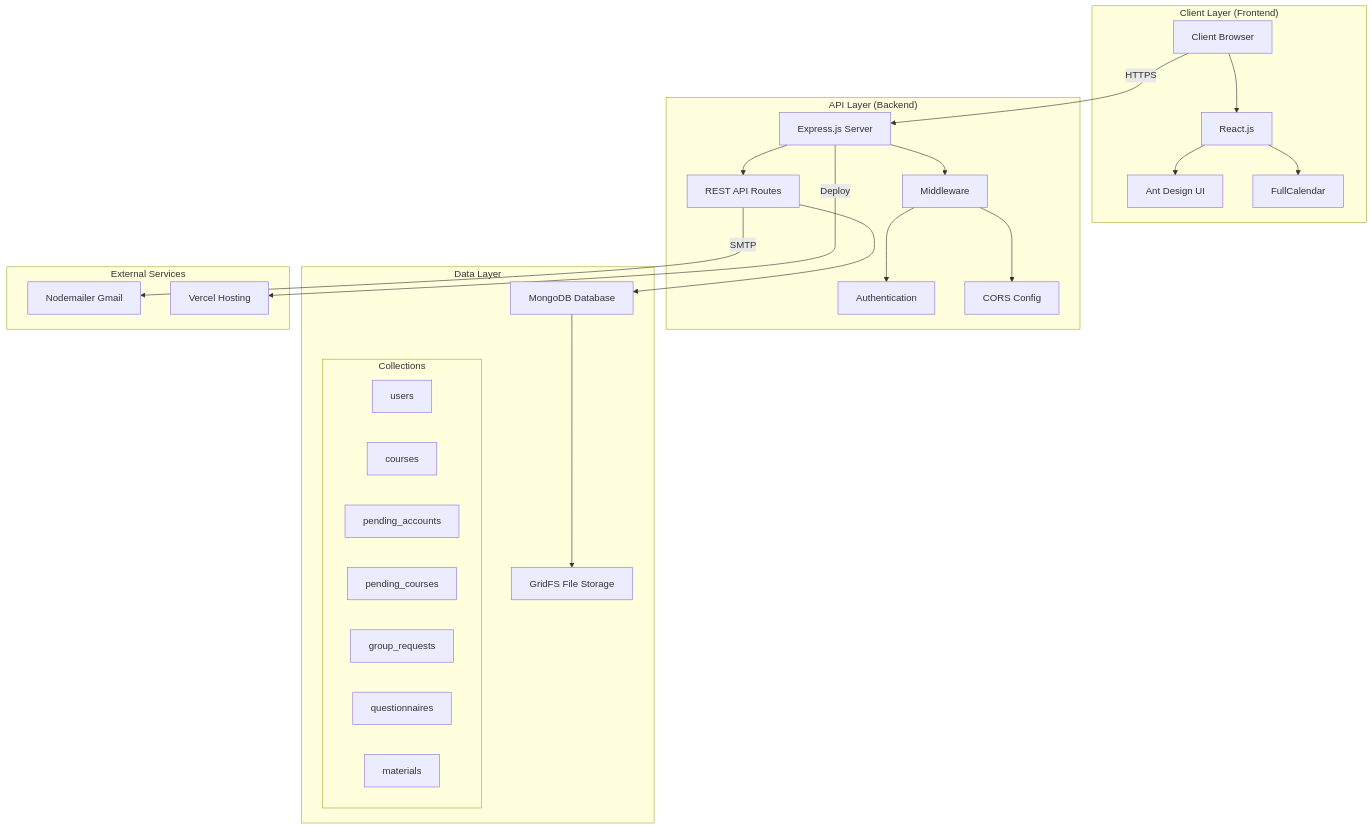
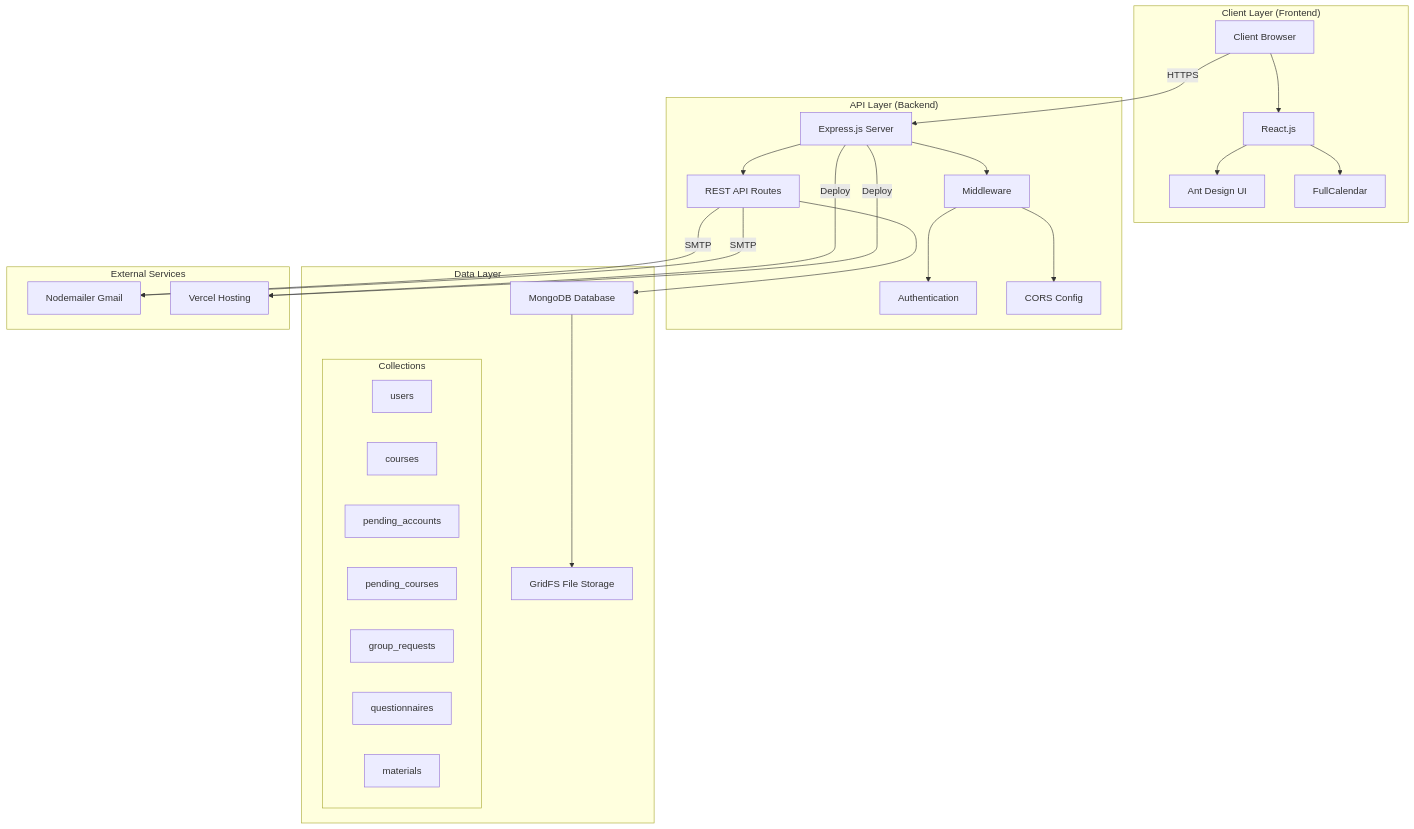
One commit to MyFGitAccount/MARKDOWN_KK changed the diagram in markdown/EFS_System_Architecture_Diagram.md. Above: the diagram before and after it, drawn with Mermaid.

Commit message:
Fix markdown formatting in architecture diagram

````diff
--- a/markdown/EFS_System_Architecture_Diagram.md
+++ b/markdown/EFS_System_Architecture_Diagram.md
@@ -1,49 +1,51 @@
 ```mermaid
 graph TB
     subgraph "Client Layer (Frontend)"
         CL[Client Browser]
         RE[React.js]
         AD[Ant Design UI]
         FR[FullCalendar]
     end
     
     subgraph "API Layer (Backend)"
         EXP[Express.js Server]
         API[REST API Routes]
         MW[Middleware]
         AUTH[Authentication]
         CORS[CORS Config]
     end
     
     subgraph "Data Layer"
         DB[MongoDB Database]
         GF[GridFS File Storage]
         subgraph "Collections"
             US[users]
             CA[courses]
             PA[pending_accounts]
             PC[pending_courses]
             GR[group_requests]
             QN[questionnaires]
             MT[materials]
         end
     end
     
     subgraph "External Services"
         GMAIL[Nodemailer Gmail]
         VERCEL[Vercel Hosting]
     end
     
     CL --> RE
     RE --> AD
     RE --> FR
     CL -->|HTTPS| EXP
     EXP --> API
     EXP --> MW
     MW --> AUTH
     MW --> CORS
     API --> DB
     DB --> GF
     API -->|SMTP| GMAIL
     EXP -->|Deploy| VERCEL
+    API -->|SMTP| GMAIL
+    EXP -->|Deploy| VERCEL
 ```
````
